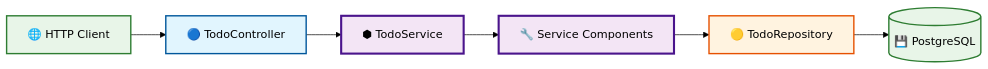
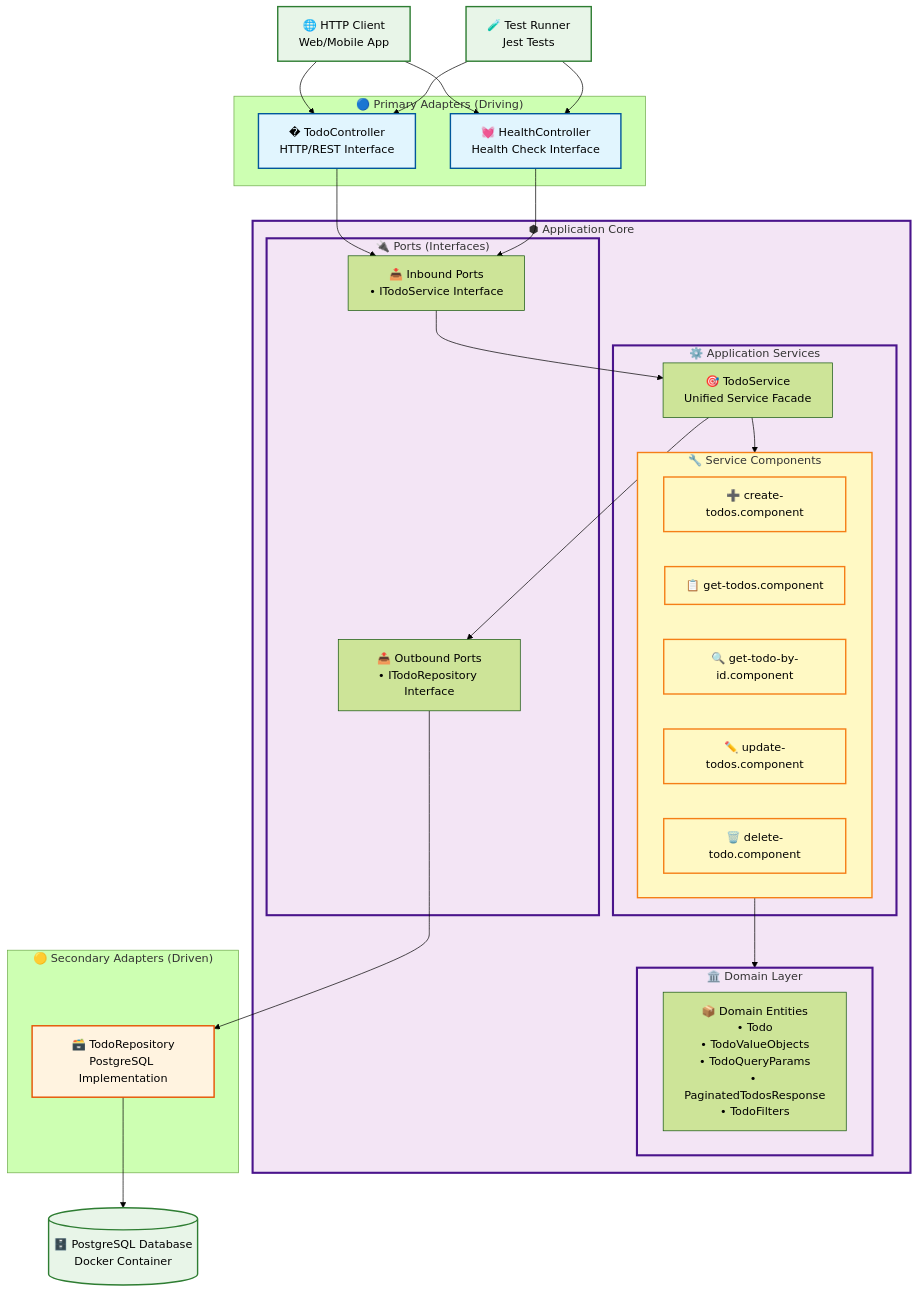
Before and after one commit to lcyin/todo-list-api: the diagram in docs/architecture-guide.md, drawn with Mermaid (forest theme). The commit also changed other lines of this file and 1 other file, not shown here.

Commit message:
feat: enhance architecture guide with detailed components, data flow, and future extensions

````diff
--- a/docs/architecture-guide.md
+++ b/docs/architecture-guide.md
@@ -9,18 +11,78 @@
 ```mermaid
-graph LR
-    Client[🌐 HTTP Client] --> Controller[🔵 TodoController]
-    Controller --> Service[⬢ TodoService]
-    Service --> Components[🔧 Service Components]
-    Components --> Repository[🟡 TodoRepository]
-    Repository --> DB[(💾 PostgreSQL)]
+graph TB
+    %% External Actors
+    Client[🌐 HTTP Client<br/>Web/Mobile App]
+    TestRunner[🧪 Test Runner<br/>Jest Tests]
     
+    %% Primary Adapters (Driving Side)
+    subgraph Primary["🔵 Primary Adapters (Driving)"]
+        TodoController[� TodoController<br/>HTTP/REST Interface]
+        HealthController[💓 HealthController<br/>Health Check Interface]
+    end
+    
+    %% Application Core (Hexagon Center)
+    subgraph Core["⬢ Application Core"]
+        subgraph Ports["🔌 Ports (Interfaces)"]
+            InboundPorts[📥 Inbound Ports<br/>• ITodoService Interface]
+            OutboundPorts[📤 Outbound Ports<br/>• ITodoRepository Interface]
+        end
+        
+        subgraph Domain["🏛️ Domain Layer"]
+            Entities[📦 Domain Entities<br/>• Todo<br/>• TodoValueObjects<br/>• TodoQueryParams<br/>• PaginatedTodosResponse<br/>• TodoFilters]
+        end
+        
+        subgraph Services["⚙️ Application Services"]
+            TodoService[🎯 TodoService<br/>Unified Service Facade]
+            subgraph Components["🔧 Service Components"]
+                CreateComponent[➕ create-todos.component]
+                GetComponent[📋 get-todos.component]
+                GetByIdComponent[🔍 get-todo-by-id.component]
+                UpdateComponent[✏️ update-todos.component]
+                DeleteComponent[🗑️ delete-todo.component]
+            end
+        end
+    end
+    
+    %% Secondary Adapters (Driven Side)
+    subgraph Secondary["🟡 Secondary Adapters (Driven)"]
+        PostgresRepo[🗃️ TodoRepository<br/>PostgreSQL Implementation]
+    end
+    
+    %% External Infrastructure
+    Database[(🗄️ PostgreSQL Database<br/>Docker Container)]
+    
+    %% Client connections to Primary Adapters
+    Client --> TodoController
+    TestRunner --> TodoController
+    Client --> HealthController
+    TestRunner --> HealthController
+    
+    %% Primary Adapters to Core
+    TodoController --> InboundPorts
+    HealthController --> InboundPorts
+    
+    %% Core internal connections
+    InboundPorts --> TodoService
+    TodoService --> Components
+    Components --> Domain
+    TodoService --> OutboundPorts
+    
+    %% Core to Secondary Adapters
+    OutboundPorts --> PostgresRepo
+    
+    %% Secondary Adapters to External Infrastructure
+    PostgresRepo --> Database
+    
+    %% Styling
     classDef primaryAdapter fill:#e1f5fe,stroke:#01579b,stroke-width:2px
     classDef secondaryAdapter fill:#fff3e0,stroke:#e65100,stroke-width:2px
     classDef core fill:#f3e5f5,stroke:#4a148c,stroke-width:3px
     classDef external fill:#e8f5e8,stroke:#2e7d32,stroke-width:2px
+    classDef components fill:#fff9c4,stroke:#f57f17,stroke-width:2px
     
-    class Controller primaryAdapter
-    class Repository secondaryAdapter
-    class Service,Components core
-    class Client,DB external
+    class TodoController,HealthController primaryAdapter
+    class PostgresRepo secondaryAdapter
+    class Core,Ports,Domain,Services core
+    class Components,CreateComponent,GetComponent,GetByIdComponent,UpdateComponent,DeleteComponent components
+    class Client,TestRunner,Database external
 ```
````
